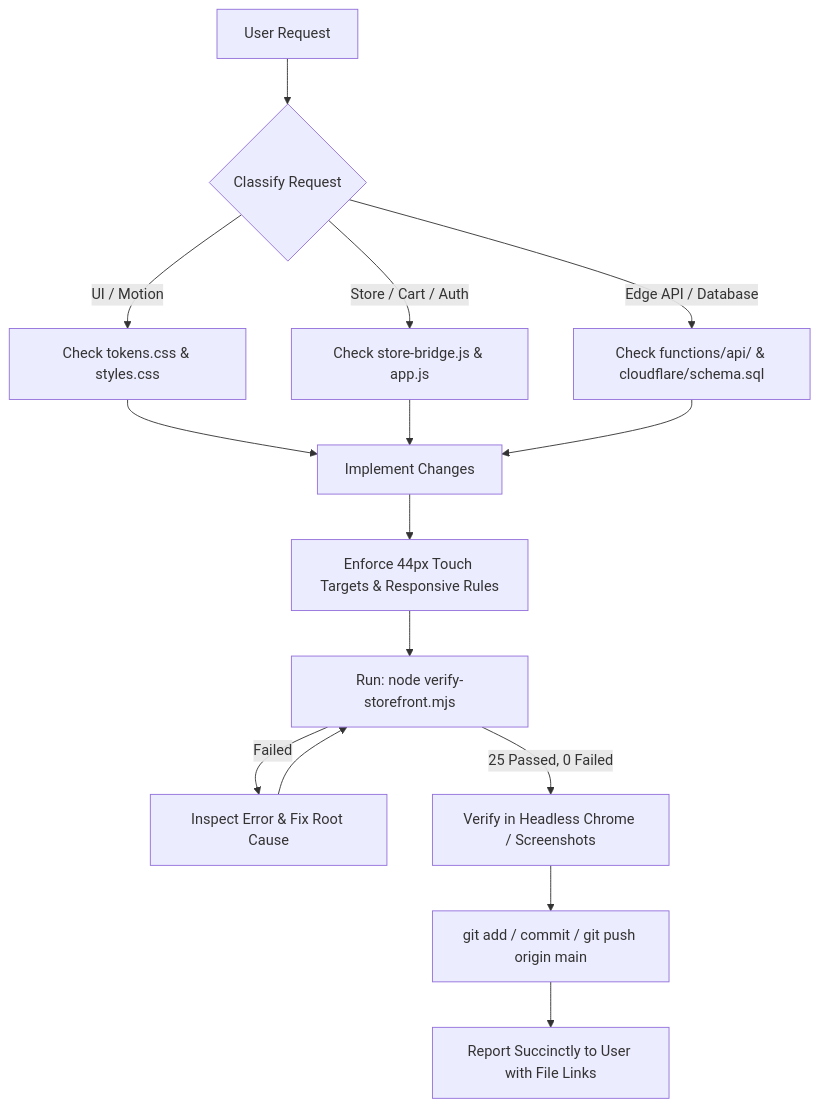
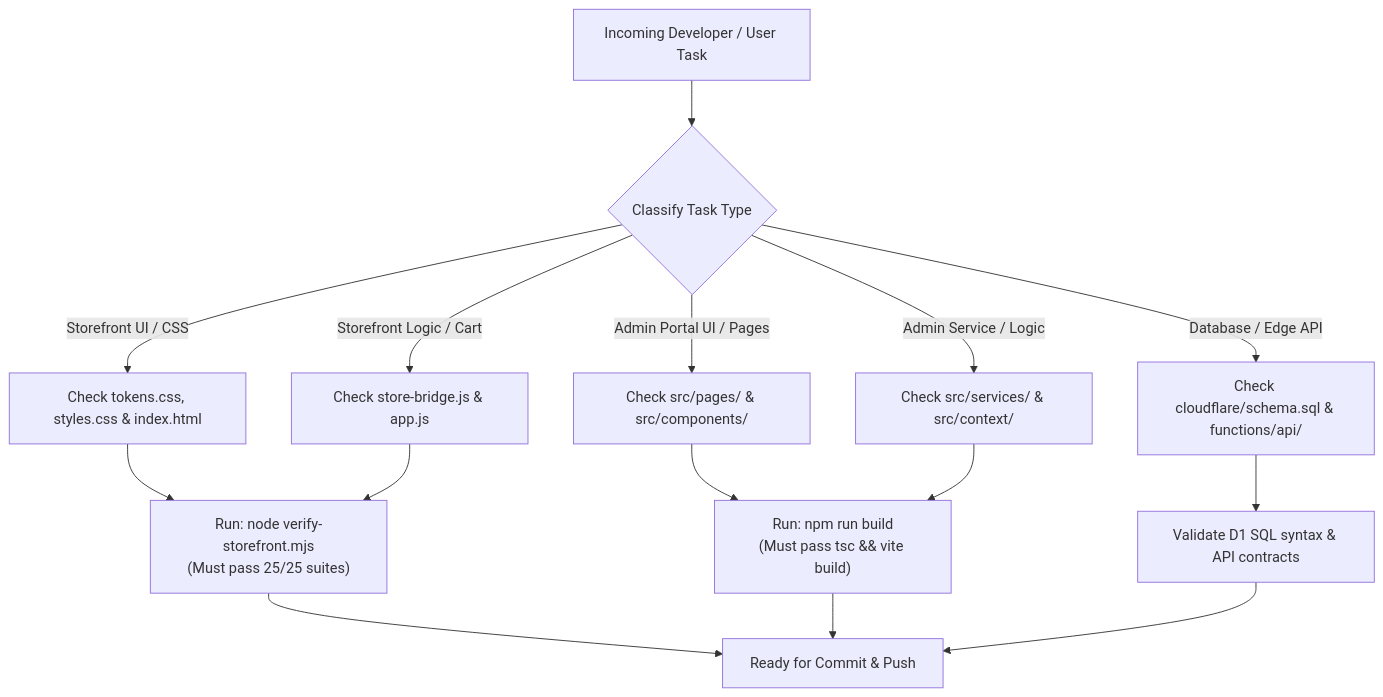
The second of 2 diagrams in AGENTS.md (abhieee-java/vistara-krafts), drawn with Mermaid before and after one commit. The commit also changed other lines of this file and 11 other files, not shown here.

Commit message:
docs: add and standardize 8 master system documentation files (AGENTS, PROJECT_CONTEXT, ARCHITECTURE, API_CONTRACTS, DATABASE_SCHEMA, INTEGRATION_PLAN, TASKS, HANDOFF)

````diff
--- a/AGENTS.md
+++ b/AGENTS.md
@@ -54,21 +139,16 @@
 ```mermaid
 flowchart TD
-    A["User Request"] --> B{"Classify Request"}
-    B -->|"UI / Motion"| C["Check tokens.css & styles.css"]
-    B -->|"Store / Cart / Auth"| D["Check store-bridge.js & app.js"]
-    B -->|"Edge API / Database"| E["Check functions/api/ & cloudflare/schema.sql"]
+    Req["Incoming Developer / User Task"] --> Classify{"Classify Task Type"}
     
-    C --> F["Implement Changes"]
-    D --> F
-    E --> F
-    
-    F --> G["Enforce 44px Touch Targets & Responsive Rules"]
-    G --> H["Run: node verify-storefront.mjs"]
-    
-    H -->|"Failed"| I["Inspect Error & Fix Root Cause"]
-    I --> H
-    
-    H -->|"25 Passed, 0 Failed"| J["Verify in Headless Chrome / Screenshots"]
-    J --> K["git add / commit / git push origin main"]
-    K --> L["Report Succinctly to User with File Links"]
+    Classify -->|"Storefront UI / CSS"| S1["Check tokens.css, styles.css & index.html"]
+    Classify -->|"Storefront Logic / Cart"| S2["Check store-bridge.js & app.js"]
+    Classify -->|"Admin Portal UI / Pages"| A1["Check src/pages/ & src/components/"]
+    Classify -->|"Admin Service / Logic"| A2["Check src/services/ & src/context/"]
+    Classify -->|"Database / Edge API"| B1["Check cloudflare/schema.sql & functions/api/"]
+
+    S1 & S2 --> V1["Run: node verify-storefront.mjs<br/>(Must pass 25/25 suites)"]
+    A1 & A2 --> V2["Run: npm run build<br/>(Must pass tsc && vite build)"]
+    B1 --> V3["Validate D1 SQL syntax & API contracts"]
+
+    V1 & V2 & V3 --> Ready["Ready for Commit & Push"]
 ```
````
